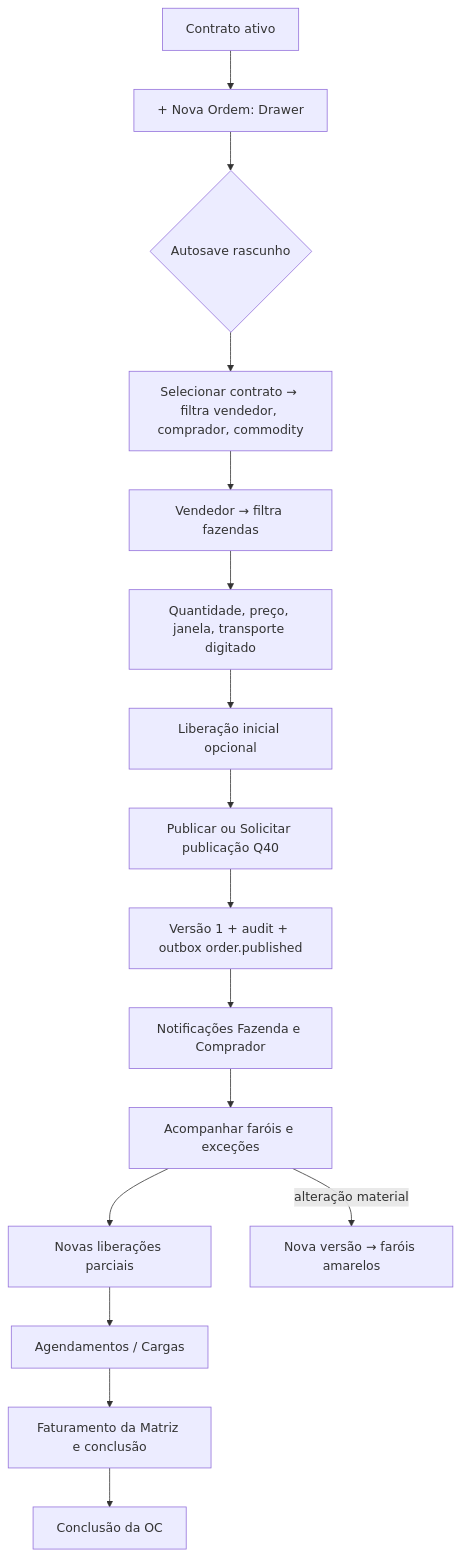
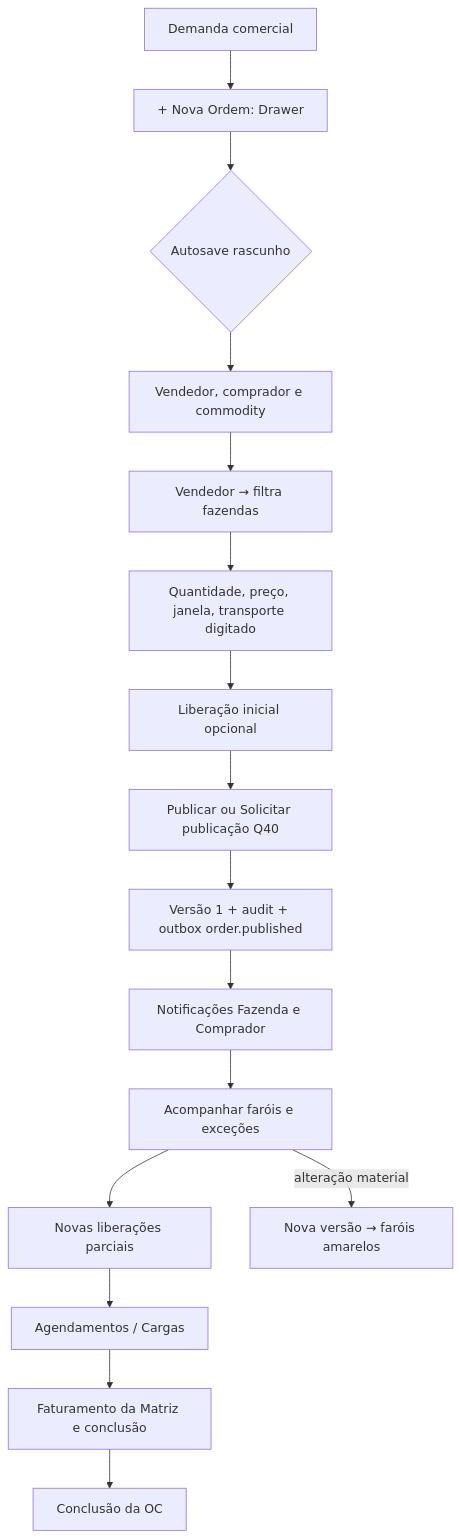
One commit to antoniocavali/Ordens_2.0 changed the fourth of 6 diagrams in docs/flows.md. Above: the diagram before and after it, drawn with Mermaid. The commit also changed other lines of this file and 51 other files, not shown here.

First line of the commit message:
feat(comercial): contrato deixa de ser cadastro e vira campo digitável (#111)

````diff
--- a/docs/flows.md
+++ b/docs/flows.md
@@ -58,18 +58,18 @@
 ```mermaid
 flowchart TD
-  A[Contrato ativo] --> B[+ Nova Ordem: Drawer]
+  A[Demanda comercial] --> B[+ Nova Ordem: Drawer]
   B --> C{Autosave rascunho}
-  C --> D[Selecionar contrato → filtra vendedor, comprador, commodity]
+  C --> D[Vendedor, comprador e commodity]
   D --> E[Vendedor → filtra fazendas]
   E --> F[Quantidade, preço, janela, transporte digitado]
   F --> G[Liberação inicial opcional]
   G --> H[Publicar ou Solicitar publicação Q40]
   H --> I[Versão 1 + audit + outbox order.published]
   I --> J[Notificações Fazenda e Comprador]
   J --> K[Acompanhar faróis e exceções]
   K --> L[Novas liberações parciais]
   L --> M[Agendamentos / Cargas]
   M --> N[Faturamento da Matriz e conclusão]
   N --> O[Conclusão da OC]
   K -->|alteração material| P[Nova versão → faróis amarelos]
 ```
````
